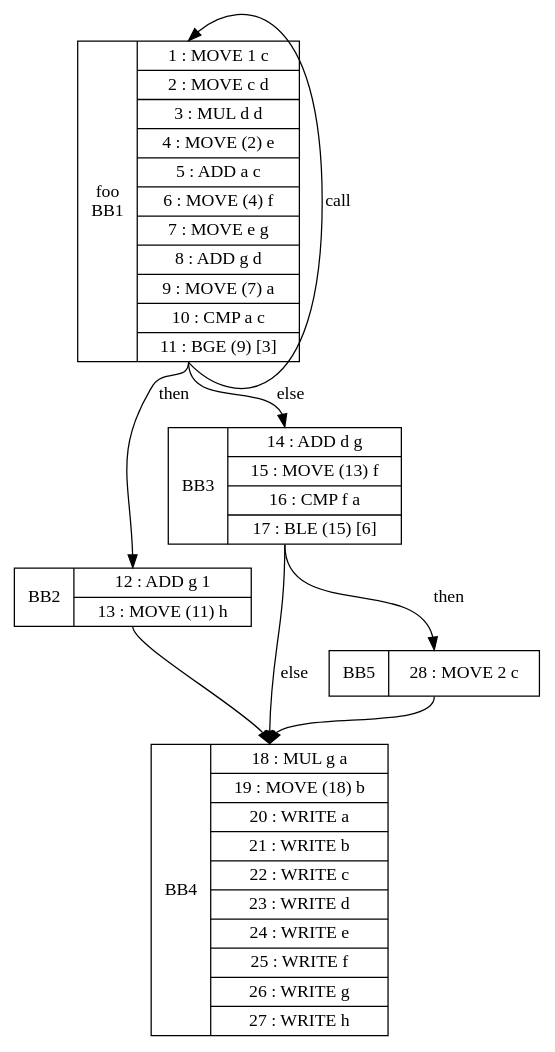
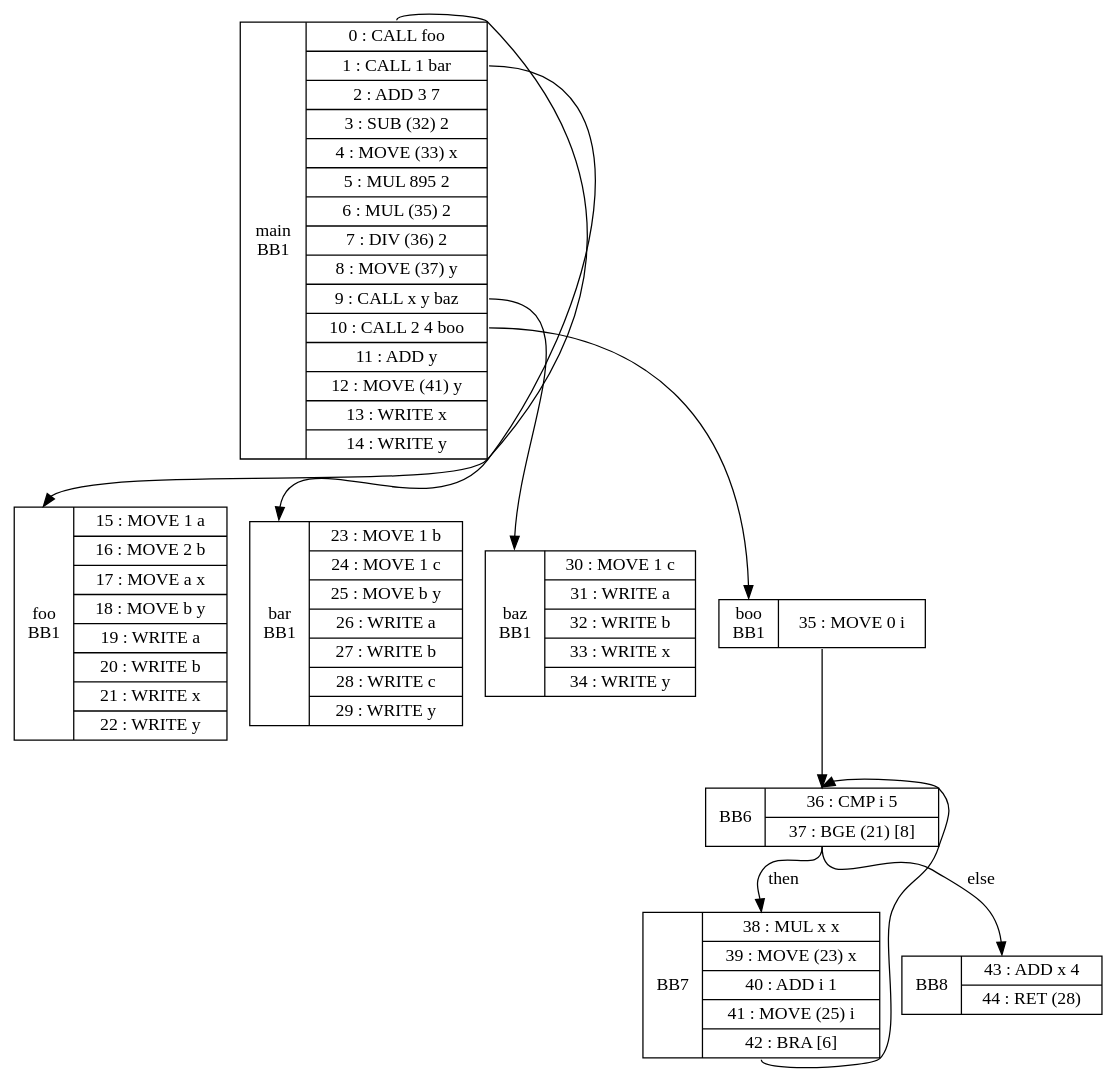
Before and after one commit to maxsmith271346/LL1_Compiler: the diagram in src/CFG Examples/mytest.dot, drawn with Graphviz. The commit also changed 8 other files, not shown here.

```diff
--- a/src/CFG Examples/mytest.dot
+++ b/src/CFG Examples/mytest.dot
@@ -1,15 +1,18 @@
 digraph G { 
-BB1[shape=record, label="<b>main\nBB1|{0 : CALL foo }"];
-BB1:s -> BB1:n [label="call"];
-BB1[shape=record, label="<b>foo\nBB1|{1 : MOVE 1 c |2 : MOVE c d |3 : MUL d d |4 : MOVE (2) e |5 : ADD a c |6 : MOVE (4) f |7 : MOVE e g |8 : ADD g d |9 : MOVE (7) a |10 : CMP a c |11 : BGE (9) [3] }"];
-BB1:s -> BB2:n [label="then"];
-BB1:s -> BB3:n [label="else"];
-BB2[shape=record, label="<b>BB2|{12 : ADD g 1 |13 : MOVE (11) h }"];
-BB2:s -> BB4:n [label=""];
-BB3[shape=record, label="<b>BB3|{14 : ADD d g |15 : MOVE (13) f |16 : CMP f a |17 : BLE (15) [6] }"];
-BB3:s -> BB5:n [label="then"];
-BB3:s -> BB4:n [label="else"];
-BB4[shape=record, label="<b>BB4|{18 : MUL g a |19 : MOVE (18) b |20 : WRITE a |21 : WRITE b |22 : WRITE c |23 : WRITE d |24 : WRITE e |25 : WRITE f |26 : WRITE g |27 : WRITE h }"];
-BB5[shape=record, label="<b>BB5|{28 : MOVE 2 c }"];
-BB5:s -> BB4:n [label=""];
+BB1[shape=record, label="<b>main\nBB1|{<cfoo>0 : CALL foo |<cbar>1 : CALL 1 bar |2 : ADD 3 7 |3 : SUB (32) 2 |4 : MOVE (33) x |5 : MUL 895 2 |6 : MUL (35) 2 |7 : DIV (36) 2 |8 : MOVE (37) y |<cbaz>9 : CALL x y baz|<cboo>10 : CALL 2 4 boo|11 : ADD y |12 : MOVE (41) y |13 : WRITE x |14 : WRITE y }"];
+BB1:cfoo -> BB2:b [];
+BB1:cbar -> BB3:b [];
+BB1:cbaz -> BB4:b [];
+BB1:cboo -> BB5:b [];
+BB2[shape=record, label="<b>foo\nBB1|{15 : MOVE 1 a |16 : MOVE 2 b |17 : MOVE a x |18 : MOVE b y |19 : WRITE a |20 : WRITE b |21 : WRITE x |22 : WRITE y }"];
+BB3[shape=record, label="<b>bar\nBB1|{23 : MOVE 1 b |24 : MOVE 1 c |25 : MOVE b y |26 : WRITE a |27 : WRITE b |28 : WRITE c |29 : WRITE y }"];
+BB4[shape=record, label="<b>baz\nBB1|{30 : MOVE 1 c |31 : WRITE a |32 : WRITE b |33 : WRITE x |34 : WRITE y }"];
+BB5[shape=record, label="<b>boo\nBB1|{35 : MOVE 0 i }"];
+BB5:s -> BB6:n [label=""];
+BB6[shape=record, label="<b>BB6|{36 : CMP i 5 |37 : BGE (21) [8] }"];
+BB6:s -> BB7:n [label="then"];
+BB7[shape=record, label="<b>BB7|{38 : MUL x x |39 : MOVE (23) x |40 : ADD i 1 |41 : MOVE (25) i |42 : BRA [6] }"];
+BB7:s -> BB6:n [label=""];
+BB6:s -> BB8:n [label="else"];
+BB8[shape=record, label="<b>BB8|{43 : ADD x 4 |44 : RET (28) }"];
 }
```
